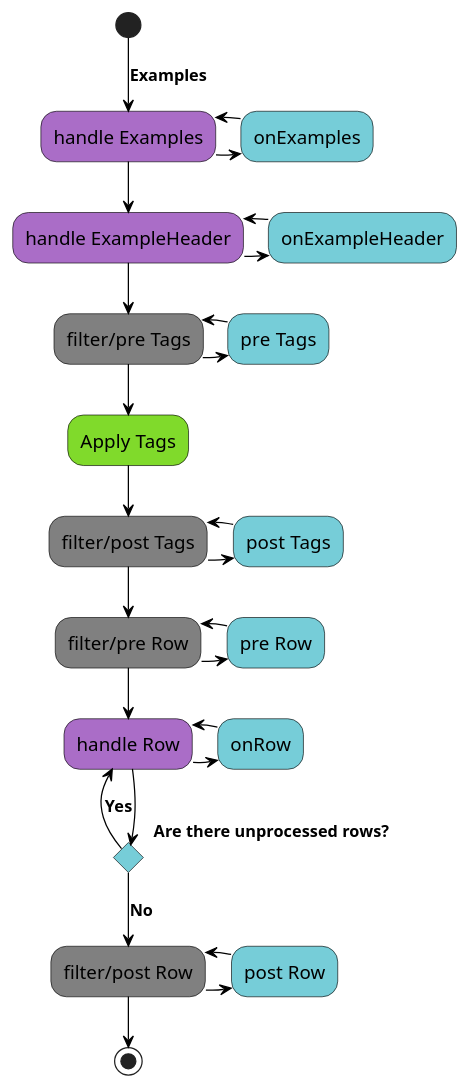
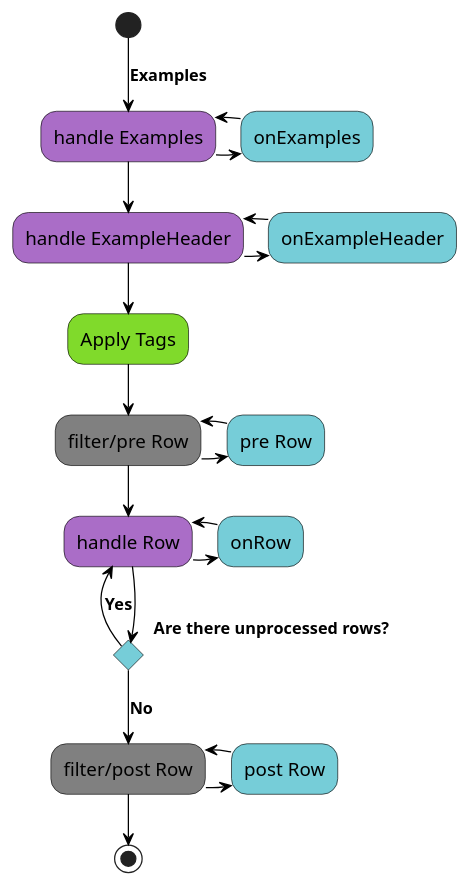
The diagram in src/data/example.puml (gherking/gherking-docs), drawn with PlantUML before and after one commit. The commit also changed 5 other files, not shown here.

Commit message:
plantuml visualization of the precompiler

```diff
--- a/src/data/example.puml
+++ b/src/data/example.puml
@@ -1,41 +1,35 @@
 @startuml
 skinparam activity {
 BackgroundColor #76CDD8
 BackgroundColor<<apply>> #80DA2B
 BackgroundColor<<filter>> #808080
 BackgroundColor<<handle>> #AA6DC7
 ArrowColor black
 ArrowFontSize 13
 ArrowFontStyle bold
 ArrowFontName Segoe UI
 BorderColor black
 FontName Segoe UI
 FontSize 15
 }
 (*) -->[Examples] "handle Examples"
 -right-> "onExamples"
 -left-> "handle Examples" <<handle>>
 --> "handle ExampleHeader" <<handle>>
 -right-> "onExampleHeader"
 -left-> "handle ExampleHeader"
---> "filter/pre Tags" <<filter>>
--right-> "pre Tags"
--left-> "filter/pre Tags"
 --> "Apply Tags" <<apply>>
---> "filter/post Tags" <<filter>>
--right-> "post Tags"
--left-> "filter/post Tags"
 --> "filter/pre Row" <<filter>>
 -right-> "pre Row"
 -left-> "filter/pre Row" <<filter>>
 --> "handle Row" <<handle>>
 -right-> "onRow"
 -left-> "handle Row"
 If "Are there unprocessed rows?"
 -left-> [Yes] "handle Row" <<handle>>
 else
 --> [No] "filter/post Row" <<filter>>
 -right-> "post Row"
 -left-> "filter/post Row" <<filter>>
 --> (*)
 @enduml
```
